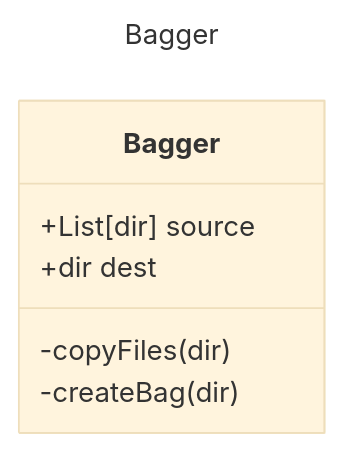
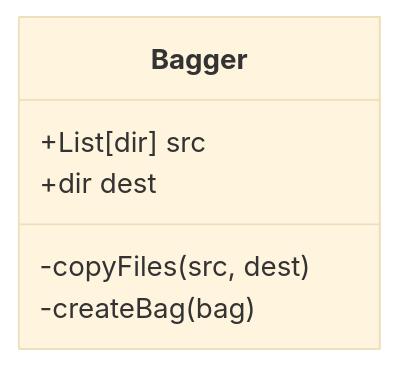
The second of 2 diagrams in diagrams/classes.md (marcelomgarcia/dgpresflow), drawn with Mermaid (base theme) before and after one commit. The commit also changed other lines of this file, not shown here.

First line of the commit message:
Fixed diagrams

````diff
--- a/diagrams/classes.md
+++ b/diagrams/classes.md
@@ -59,12 +26,8 @@
 ```mermaid
----
-title: Bagger
----
-
 classDiagram
-    class Bagger
-    Bagger: +List[dir] source
-    Bagger: +dir dest
-    Bagger: -copyFiles(dir)
-    Bagger: -createBag(dir)
+  class Bagger
+  Bagger: +List[dir] src
+  Bagger: +dir dest
+  Bagger: -copyFiles(src, dest)
+  Bagger: -createBag(bag)
 ```
````
